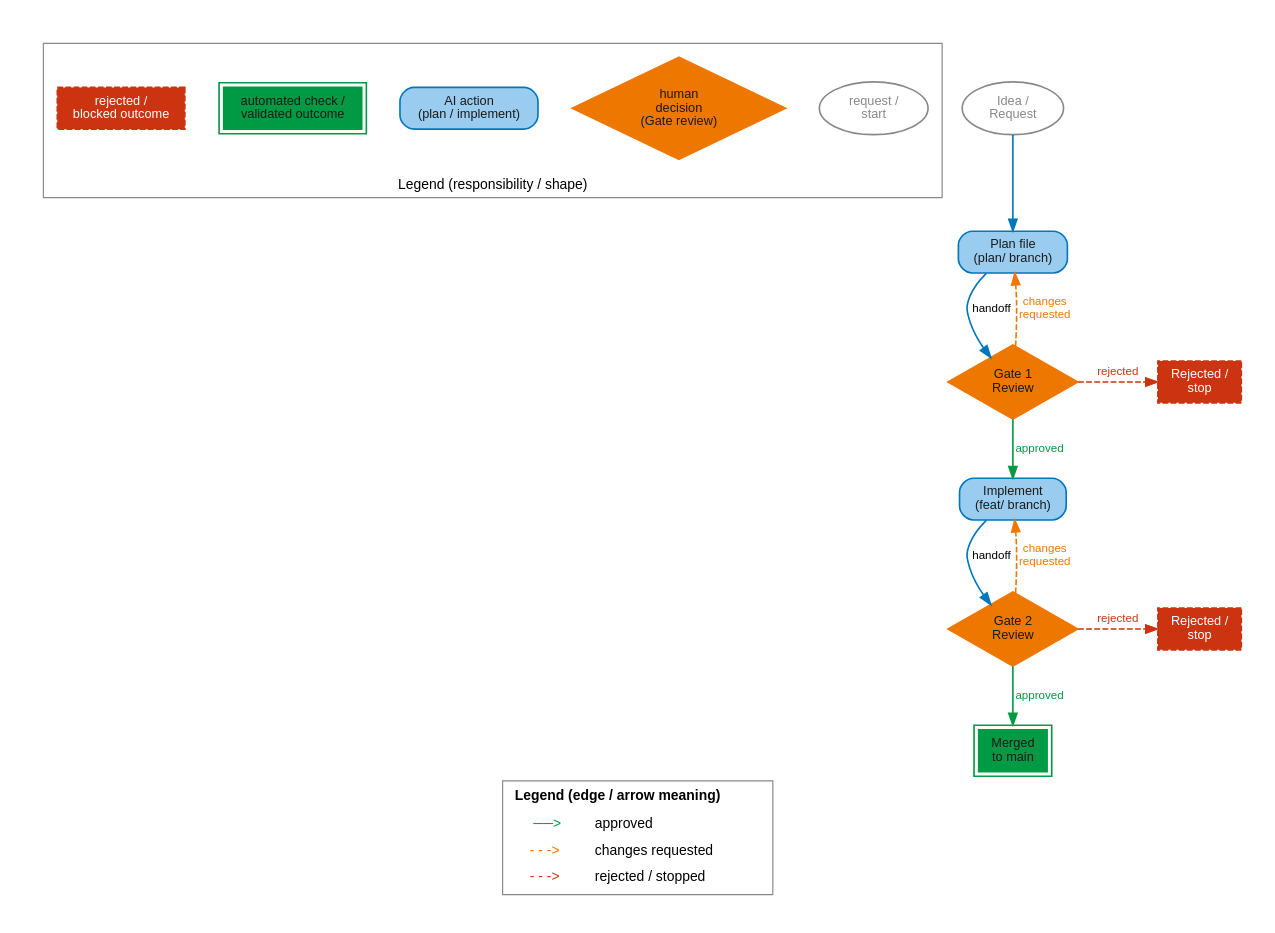
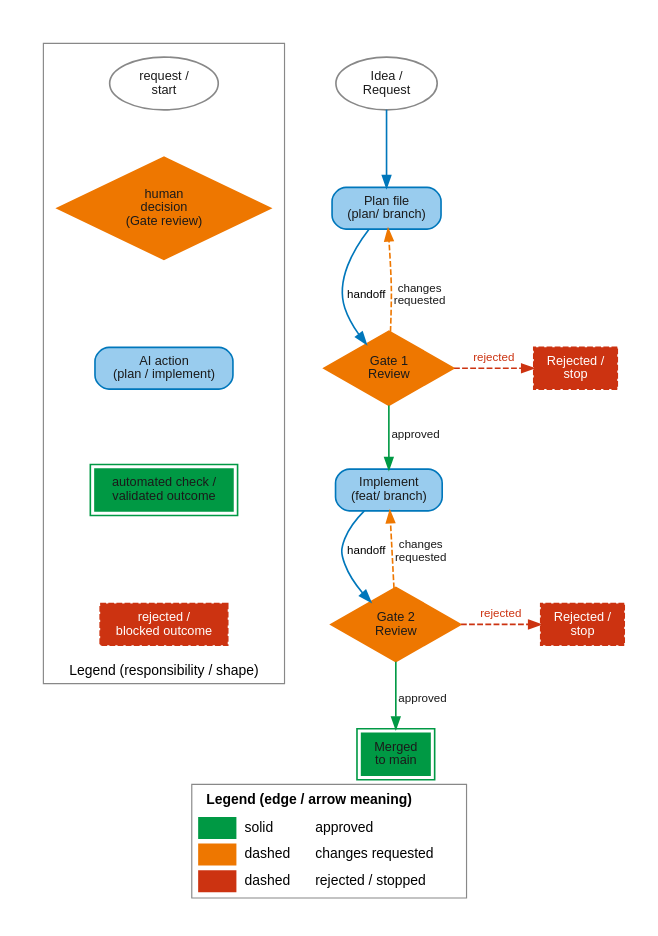
One commit to janipaijanen/agf-mirror changed the diagram in agf/docs/figures/src/gate-pipeline.dot. Above: the diagram before and after it, drawn with Graphviz. The commit also changed 5 other files, not shown here.

```diff
--- a/agf/docs/figures/src/gate-pipeline.dot
+++ b/agf/docs/figures/src/gate-pipeline.dot
@@ -1,98 +1,104 @@
 // SPDX-License-Identifier: CC-BY-SA-4.0
 // agents-govern: Gate 1 / Gate 2 pipeline
 // Generate: dot -Tsvg gate-pipeline.dot -o ../gate-pipeline.svg
 //
 // Semantic responsibility palette: agf/docs/site/reference/palette.md
 // ("Semantic responsibility palette" section). Fill colour encodes who is
 // responsible for a node (Human decision / AI action / Automated
 // check-validated outcome); shape is a second, colour-independent signal
 // for the same category. `red-mid` is the separate rejected/blocked
 // outcome accent, not a sixth responsibility category. The shape key
 // below renders the actual node treatments used in this figure as
 // swatches -- never described in words, and never approximated with a
 // plain rectangle when the real node is rounded or double-bordered (the
 // prior "(oval shape)"/"(diamond shape)" legend text, and the later flat
 // colour-only legend rectangles, were both defects this revision fixes).
 digraph gate_pipeline {
     graph [rankdir=TB, splines=spline, pad=0.3, nodesep=0.4, ranksep=0.55,
            bgcolor=white, fontname="Helvetica", fontsize=12, labelloc=b, label=<
         <TABLE BORDER="1" CELLBORDER="0" CELLSPACING="4" CELLPADDING="3" COLOR="#888888" BGCOLOR="white">
-            <TR><TD COLSPAN="2"><B>Legend (edge / arrow meaning)</B></TD></TR>
+            <TR><TD COLSPAN="3"><B>Legend (edge / arrow meaning)</B></TD></TR>
             <TR>
-                <TD><FONT COLOR="#009944">──&gt;</FONT></TD><TD ALIGN="LEFT">approved</TD>
+                <TD BGCOLOR="#009944" WIDTH="18"></TD><TD ALIGN="LEFT">solid</TD><TD ALIGN="LEFT">approved</TD>
             </TR>
             <TR>
-                <TD><FONT COLOR="#EE7700">- - -&gt;</FONT></TD><TD ALIGN="LEFT">changes requested</TD>
+                <TD BGCOLOR="#EE7700" WIDTH="18"></TD><TD ALIGN="LEFT">dashed</TD><TD ALIGN="LEFT">changes requested</TD>
             </TR>
             <TR>
-                <TD><FONT COLOR="#CC3311">- - -&gt;</FONT></TD><TD ALIGN="LEFT">rejected / stopped</TD>
+                <TD BGCOLOR="#CC3311" WIDTH="18"></TD><TD ALIGN="LEFT">dashed</TD><TD ALIGN="LEFT">rejected / stopped</TD>
             </TR>
         </TABLE>
     >]
     node  [fontname="Helvetica", fontsize=11, style=filled, shape=box,
            fillcolor="#99CCEE", color="#0077BB", penwidth=1.4]
     edge  [fontname="Helvetica", fontsize=10, color="#0077BB", penwidth=1.4]
 
     // Shape key: real shapes, self-labeled (same convention as the
     // pipeline nodes below), matching every node treatment actually used
     // in the pipeline below -- not a separate flat-colour legend that
     // could drift from the real shapes. Not part of the pipeline flow --
     // no edges connect it to the pipeline nodes below.
     subgraph cluster_shapekey {
         label = "Legend (responsibility / shape)"
         fontname = "Helvetica"
         fontsize = 12
         color = "#888888"
         margin = 12
-        rank = same
 
         sk_oval      [label="request /\nstart", shape=ellipse, fillcolor=white,
-                      color="#888888", fontcolor="#888888"]
+                      color="#888888", fontcolor="#1A1A1A"]
         sk_diamond   [label="human\ndecision\n(Gate review)", shape=diamond,
                       fillcolor="#EE7700", color="#EE7700", fontcolor="#1A1A1A"]
         sk_ai        [label="AI action\n(plan / implement)",
                       style="filled,rounded", fillcolor="#99CCEE",
                       color="#0077BB", fontcolor="#1A1A1A"]
         sk_automated [label="automated check /\nvalidated outcome",
                       style="filled,bold", peripheries=2, fillcolor="#009944",
                       color="#009944", fontcolor="#1A1A1A"]
         sk_rejected  [label="rejected /\nblocked outcome",
                       style="filled,dashed", fillcolor="#CC3311",
                       color="#CC3311", fontcolor=white]
+
+        // Vertical stack, not a single wide row: keeps the figure's aspect
+        // ratio close to the pre-fidelity-fix original so it stays legible
+        // when scaled down under the site's responsive max-width:100% image
+        // treatment (mobile viewport). Invisible edges, not rank=same.
+        sk_oval -> sk_diamond -> sk_ai -> sk_automated -> sk_rejected
+            [style=invis]
     }
 
     // ── Pipeline ────────────────────────────────────────────────────────
     idea     [label="Idea /\nRequest", shape=ellipse, fillcolor=white,
-              color="#888888", fontcolor="#888888"]
+              color="#888888", fontcolor="#1A1A1A"]
     plan     [label="Plan file\n(plan/ branch)", style="filled,rounded",
               fillcolor="#99CCEE", color="#0077BB", fontcolor="#1A1A1A"]
     gate1    [label="Gate 1\nReview", shape=diamond, fillcolor="#EE7700",
               color="#EE7700", fontcolor="#1A1A1A"]
     impl     [label="Implement\n(feat/ branch)", style="filled,rounded",
               fillcolor="#99CCEE", color="#0077BB", fontcolor="#1A1A1A"]
     gate2    [label="Gate 2\nReview", shape=diamond, fillcolor="#EE7700",
               color="#EE7700", fontcolor="#1A1A1A"]
     merged   [label="Merged\nto main", style="filled,bold", peripheries=2,
               fillcolor="#009944", fontcolor="#1A1A1A", color="#009944"]
     rejected1 [label="Rejected /\nstop", fillcolor="#CC3311", fontcolor=white,
                color="#CC3311", style="filled,dashed"]
     rejected2 [label="Rejected /\nstop", fillcolor="#CC3311", fontcolor=white,
                color="#CC3311", style="filled,dashed"]
 
     idea  -> plan
     plan  -> gate1  [label="handoff"]
-    gate1 -> impl   [label="approved", color="#009944", fontcolor="#009944"]
+    gate1 -> impl   [label="approved", color="#009944", fontcolor="#1A1A1A"]
     gate1 -> plan   [label="changes\nrequested", style=dashed, color="#EE7700",
-                     fontcolor="#EE7700"]
+                     fontcolor="#1A1A1A"]
     gate1 -> rejected1 [label="rejected", style=dashed, color="#CC3311",
                         fontcolor="#CC3311", constraint=false]
     impl  -> gate2  [label="handoff"]
-    gate2 -> merged [label="approved", color="#009944", fontcolor="#009944"]
+    gate2 -> merged [label="approved", color="#009944", fontcolor="#1A1A1A"]
     gate2 -> impl   [label="changes\nrequested", style=dashed, color="#EE7700",
-                     fontcolor="#EE7700"]
+                     fontcolor="#1A1A1A"]
     gate2 -> rejected2 [label="rejected", style=dashed, color="#CC3311",
                         fontcolor="#CC3311", constraint=false]
 
     { rank=same; gate1; rejected1 }
     { rank=same; gate2; rejected2 }
 }
```
